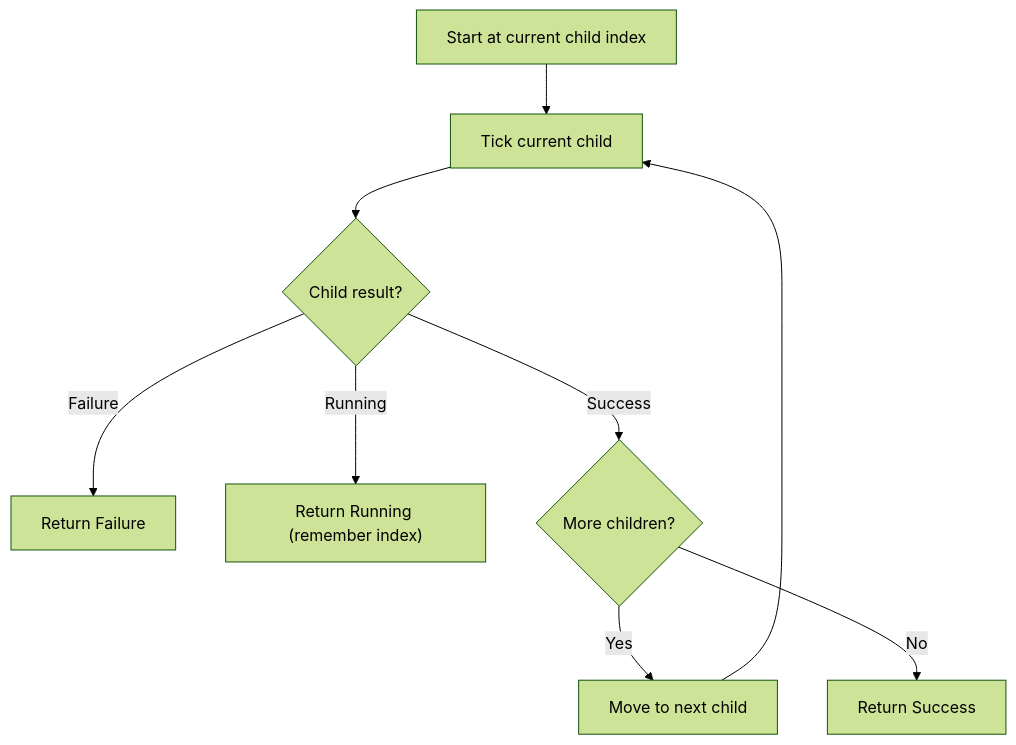
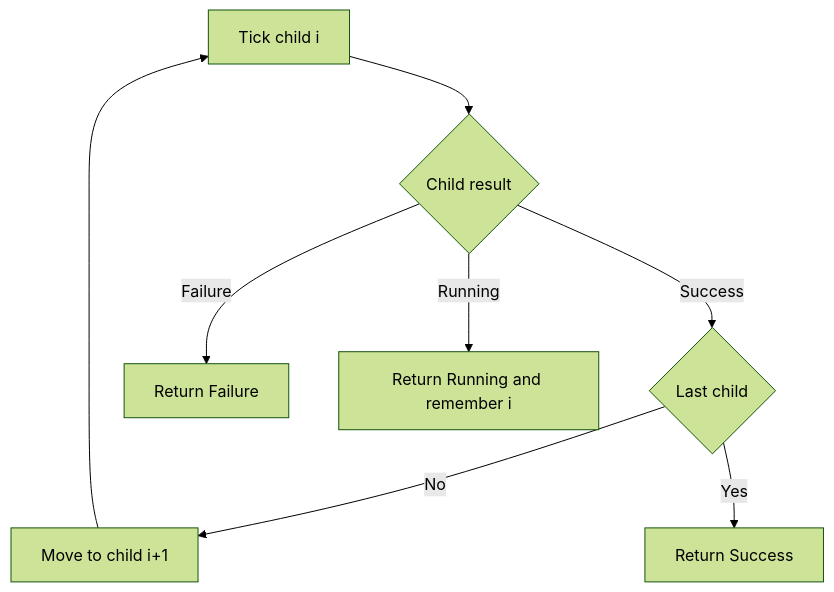
Before and after one commit to kaeladair/arbor: the second of 4 diagrams in README.md, drawn with Mermaid (forest theme). The commit also changed other lines of this file, not shown here.

````diff
--- a/README.md
+++ b/README.md
@@ -72,10 +117,9 @@
 ```mermaid
 flowchart TD
-    Start["Start at current child index"] --> TickChild["Tick current child"]
-    TickChild --> Result{"Child result?"}
-    Result -->|Failure| Fail["Return Failure"]
-    Result -->|Running| Run["Return Running (remember index)"]
-    Result -->|Success| More{"More children?"}
-    More -->|Yes| Next["Move to next child"] --> TickChild
-    More -->|No| Succ["Return Success"]
+    A["Tick child i"] --> B{"Child result"}
+    B -->|Success| C{"Last child"}
+    C -->|No| D["Move to child i+1"] --> A
+    C -->|Yes| E["Return Success"]
+    B -->|Failure| F["Return Failure"]
+    B -->|Running| G["Return Running and remember i"]
 ```
````
